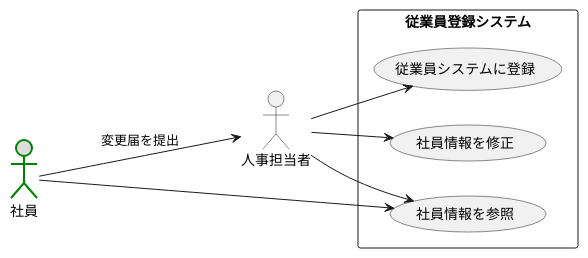
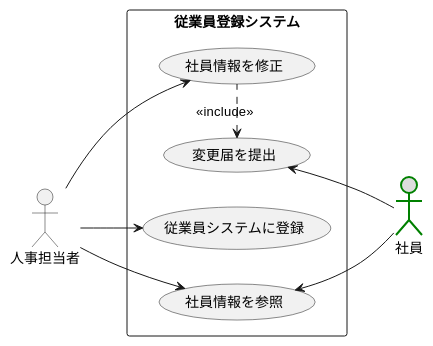
One commit to sakamotoshuri/uml_introduction changed the diagram in 演習2-6_盛岡システム_従業員登録システム.pu. Above: the diagram before and after it, drawn with PlantUML.

Commit message:
演習課題を修正

```diff
--- a/演習2-6_盛岡システム_従業員登録システム.pu
+++ b/演習2-6_盛岡システム_従業員登録システム.pu
@@ -1,15 +1,18 @@
 @startuml 例題1
 left to right direction
 actor 社員 #DDD;line:Green;line.bold;
 actor 人事担当者
 rectangle 従業員登録システム {
 usecase 従業員システムに登録
 usecase 社員情報を修正
+usecase 変更届を提出
 usecase 社員情報を参照
 }
 人事担当者 --> 従業員システムに登録
 人事担当者 --> 社員情報を修正
-社員 --> 社員情報を参照
+変更届を提出 <. 社員情報を修正: <<include>>
+社員情報を参照 <-- 社員
 人事担当者 --> 社員情報を参照
-社員 ---> 人事担当者 : 変更届を提出
+変更届を提出 <-- 社員
+
 @enduml
```
